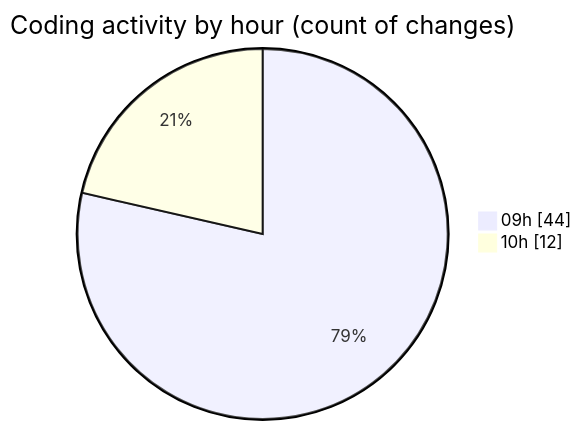
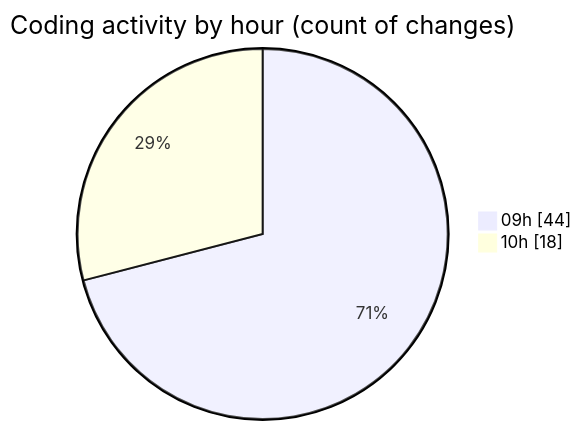
Before and after one commit to momahboobian/code-tracking: the second of 2 diagrams in 2026-08-07/cda/README.md, drawn with Mermaid. The commit also changed other lines of this file and 1 other file, not shown here.

````diff
--- a/2026-08-07/cda/README.md
+++ b/2026-08-07/cda/README.md
@@ -42,6 +42,6 @@
 ```mermaid
 pie showData
 title Coding activity by hour (count of changes)
 "09h" : 44
-"10h" : 12
+"10h" : 18
 ```
````
